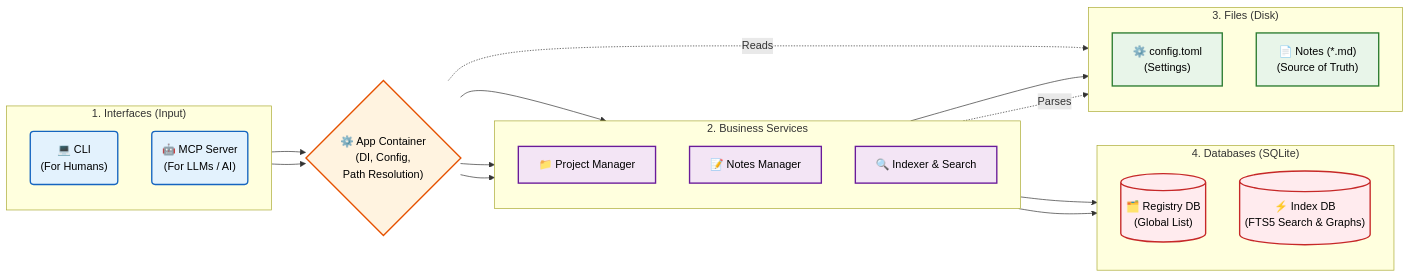
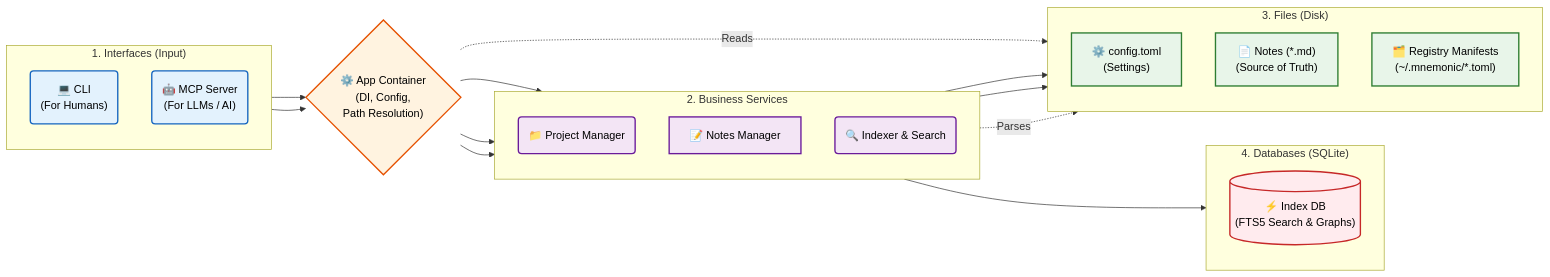
Before and after one commit to ilyachch/mnemonic: the first of 2 diagrams in README.md, drawn with Mermaid. The commit also changed other lines of this file and 76 other files, not shown here.

First line of the commit message:
#4 project registry layout migration to local file architecture in mnemonic (#20)

````diff
--- a/README.md
+++ b/README.md
@@ -387,56 +343,56 @@
 ```mermaid
 flowchart LR
     %% Styling
     classDef interface fill:#e3f2fd,stroke:#1565c0,stroke-width:2px,color:#000
     classDef core fill:#fff3e0,stroke:#e65100,stroke-width:2px,color:#000
     classDef logic fill:#f3e5f5,stroke:#6a1b9a,stroke-width:2px,color:#000
     classDef storage fill:#e8f5e9,stroke:#2e7d32,stroke-width:2px,color:#000
     classDef db fill:#ffebee,stroke:#c62828,stroke-width:2px,color:#000
 
     %% 1. External Interfaces
     subgraph Interfaces ["1. Interfaces (Input)"]
         direction TB
         CLI("💻 CLI\n(For Humans)"):::interface
         MCP("🤖 MCP Server\n(For LLMs / AI)"):::interface
     end
 
     %% 2. Core
     App{"⚙️ App Container\n(DI, Config,\nPath Resolution)"}:::core
 
     %% 3. Business Logic
     subgraph Services ["2. Business Services"]
         direction TB
-        Proj["📁 Project Manager"]:::logic
+        Proj("📁 Project Manager"):::logic
         Note["📝 Notes Manager"]:::logic
-        Idx["🔍 Indexer & Search"]:::logic
+        Idx("🔍 Indexer & Search"):::logic
     end
 
     %% 4. File System
     subgraph Storage ["3. Files (Disk)"]
         direction TB
         Conf["⚙️ config.toml\n(Settings)"]:::storage
         MD["📄 Notes (*.md)\n(Source of Truth)"]:::storage
+        Reg["🗂️ Registry Manifests\n(~/.mnemonic/*.toml)"]:::storage
     end
 
     %% 5. Databases
     subgraph DBs ["4. Databases (SQLite)"]
         direction TB
-        Reg[("🗂️ Registry DB\n(Global List)")]:::db
         FTS[("⚡ Index DB\n(FTS5 Search & Graphs)")]:::db
     end
 
     %% Flow connections
     CLI --> App
     MCP --> App
 
     App --> Proj
     App --> Note
     App --> Idx
 
     %% Storage connections
     App -. Reads .-> Conf
     Proj --> Reg
     Note --> MD
     Idx --> FTS
     Idx -. Parses .-> MD
 ```
````
